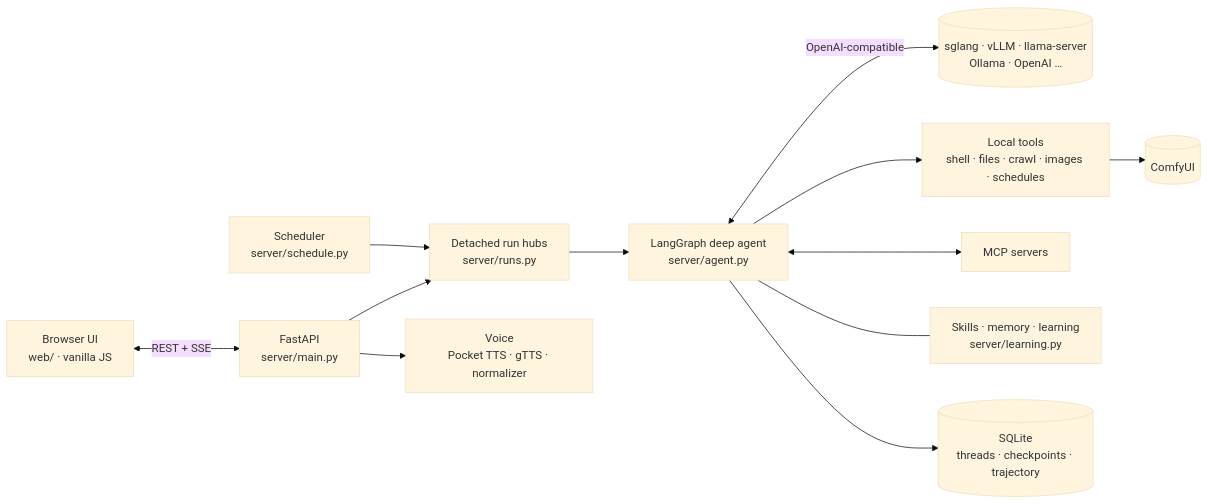
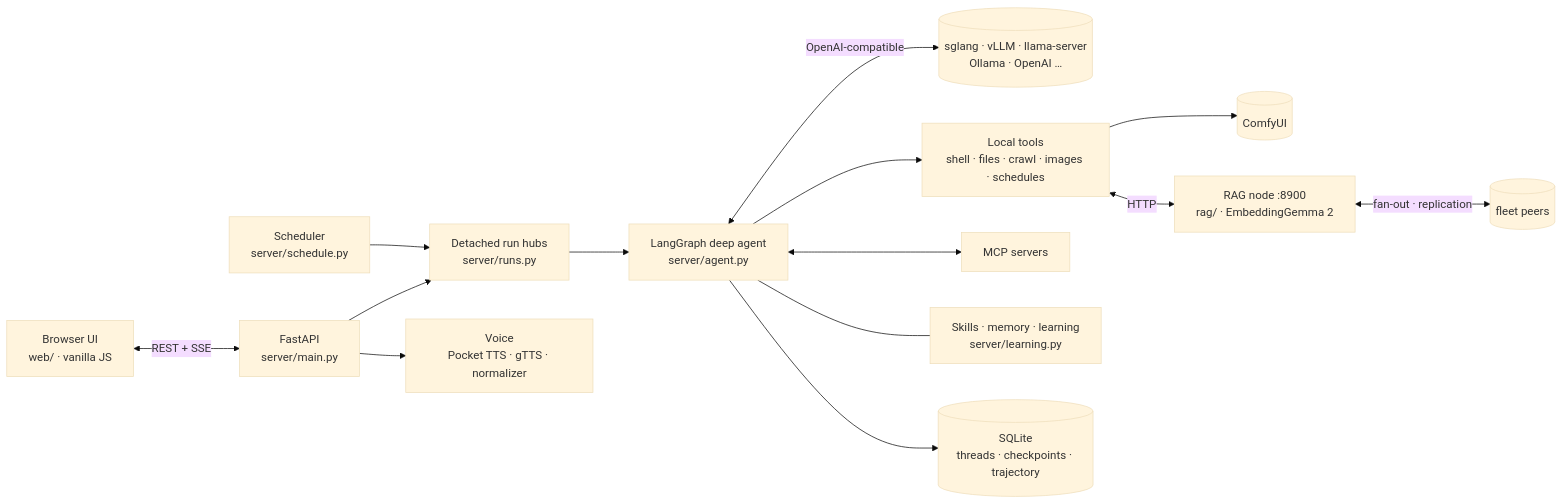
One commit to TyrelCB/langbang changed the diagram in README.md. Above: the diagram before and after it, drawn with Mermaid (base theme). The commit also changed other lines of this file and 4 other files, not shown here.

````diff
--- a/README.md
+++ b/README.md
@@ -126,14 +127,16 @@
 ```mermaid
 flowchart LR
     UI["Browser UI<br/>web/ · vanilla JS"] <-->|"REST + SSE"| API["FastAPI<br/>server/main.py"]
     API --> HUB["Detached run hubs<br/>server/runs.py"]
     SCHED["Scheduler<br/>server/schedule.py"] --> HUB
     HUB --> AGENT["LangGraph deep agent<br/>server/agent.py"]
     AGENT <-->|"OpenAI-compatible"| LLM[("sglang · vLLM · llama-server<br/>Ollama · OpenAI …")]
     AGENT --> TOOLS["Local tools<br/>shell · files · crawl · images · schedules"]
     AGENT <--> MCP["MCP servers"]
     AGENT --- MEM["Skills · memory · learning<br/>server/learning.py"]
     AGENT --> DB[("SQLite<br/>threads · checkpoints · trajectory")]
     API --> VOICE["Voice<br/>Pocket TTS · gTTS · normalizer"]
     TOOLS --> COMFY[("ComfyUI")]
+    TOOLS <-->|"HTTP"| RAG["RAG node :8900<br/>rag/ · EmbeddingGemma 2"]
+    RAG <-->|"fan-out · replication"| PEERS[("fleet peers")]
 ```
````
